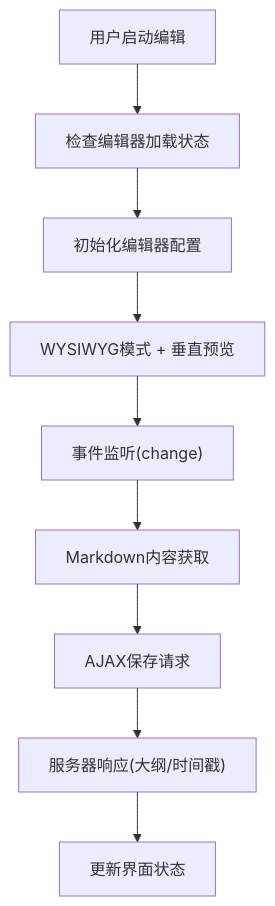
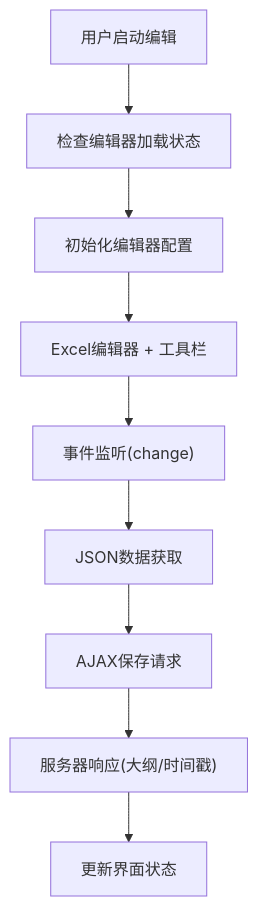
Before and after one commit to beyondalbert/my_wiki: the third of 11 diagrams in .qoder/repowiki/zh/content/前端模板系统.md, drawn with Mermaid. The commit also changed other lines of this file and 7 other files, not shown here.

````diff
--- a/.qoder/repowiki/zh/content/前端模板系统.md
+++ b/.qoder/repowiki/zh/content/前端模板系统.md
@@ -220,11 +236,11 @@
 ```mermaid
 flowchart TD
 S["用户启动编辑"] --> C["检查编辑器加载状态"]
 C --> I["初始化编辑器配置"]
-I --> W["WYSIWYG模式 + 垂直预览"]
+I --> W["Excel编辑器 + 工具栏"]
 W --> E["事件监听(change)"]
-E --> M["Markdown内容获取"]
+E --> M["JSON数据获取"]
 M --> A["AJAX保存请求"]
 A --> R["服务器响应(大纲/时间戳)"]
 R --> U["更新界面状态"]
 ```
````
